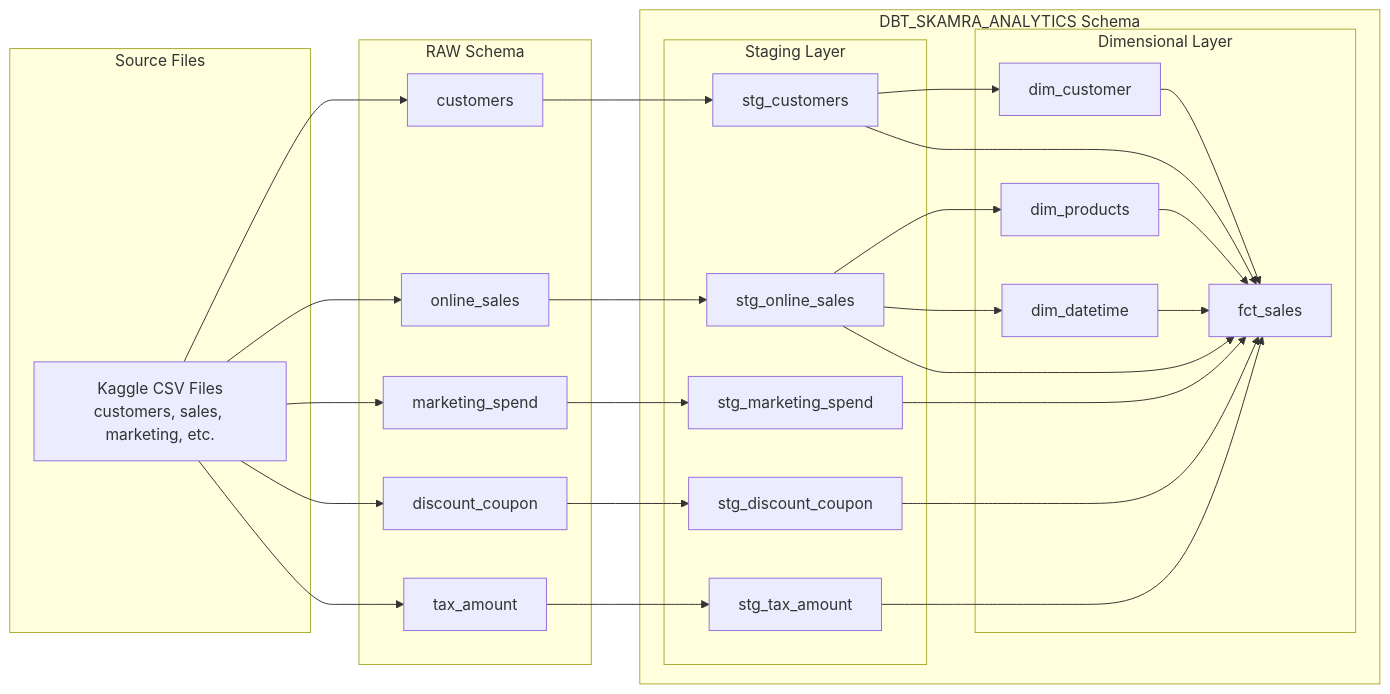
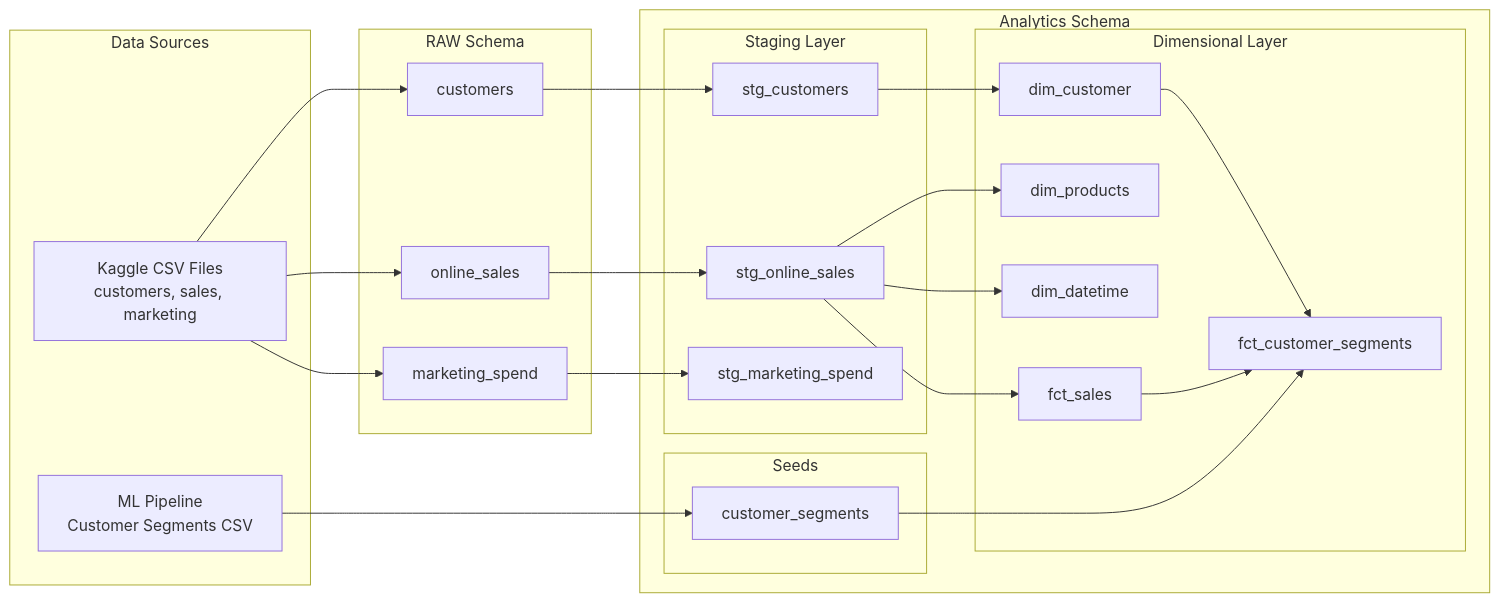
Before and after one commit to sumitkamra20/marketing-insight-pipeline: the first of 3 diagrams in README.md, drawn with Mermaid. The commit also changed other lines of this file and 1 other file, not shown here.

````diff
--- a/README.md
+++ b/README.md
@@ -23,56 +20,51 @@
 ```mermaid
 graph LR
-    subgraph "Source Files"
-        CSV[Kaggle CSV Files<br/>customers, sales, marketing, etc.]
+    subgraph "Data Sources"
+        CSV[Kaggle CSV Files<br/>customers, sales, marketing]
+        ML[ML Pipeline<br/>Customer Segments CSV]
     end
 
     subgraph "RAW Schema"
         RAW_CUST[customers]
         RAW_SALES[online_sales]
         RAW_MARKET[marketing_spend]
-        RAW_DISC[discount_coupon]
-        RAW_TAX[tax_amount]
     end
 
-    subgraph "DBT_SKAMRA_ANALYTICS Schema"
+    subgraph "Analytics Schema"
         subgraph "Staging Layer"
             STG_CUST[stg_customers]
             STG_SALES[stg_online_sales]
             STG_MARKET[stg_marketing_spend]
-            STG_DISC[stg_discount_coupon]
-            STG_TAX[stg_tax_amount]
         end
 
         subgraph "Dimensional Layer"
             DIM_CUST[dim_customer]
             DIM_PROD[dim_products]
             DIM_DATE[dim_datetime]
             FCT_SALES[fct_sales]
+            FCT_SEGMENTS[fct_customer_segments]
+        end
+
+        subgraph "Seeds"
+            SEED_SEG[customer_segments]
         end
     end
 
     CSV --> RAW_CUST
     CSV --> RAW_SALES
     CSV --> RAW_MARKET
-    CSV --> RAW_DISC
-    CSV --> RAW_TAX
+    ML --> SEED_SEG
 
     RAW_CUST --> STG_CUST
     RAW_SALES --> STG_SALES
     RAW_MARKET --> STG_MARKET
-    RAW_DISC --> STG_DISC
-    RAW_TAX --> STG_TAX
 
     STG_CUST --> DIM_CUST
     STG_SALES --> DIM_PROD
     STG_SALES --> DIM_DATE
+    STG_SALES --> FCT_SALES
 
-    STG_CUST --> FCT_SALES
-    STG_SALES --> FCT_SALES
-    STG_MARKET --> FCT_SALES
-    STG_DISC --> FCT_SALES
-    STG_TAX --> FCT_SALES
-    DIM_CUST --> FCT_SALES
-    DIM_PROD --> FCT_SALES
-    DIM_DATE --> FCT_SALES
+    SEED_SEG --> FCT_SEGMENTS
+    DIM_CUST --> FCT_SEGMENTS
+    FCT_SALES --> FCT_SEGMENTS
 ```
````
